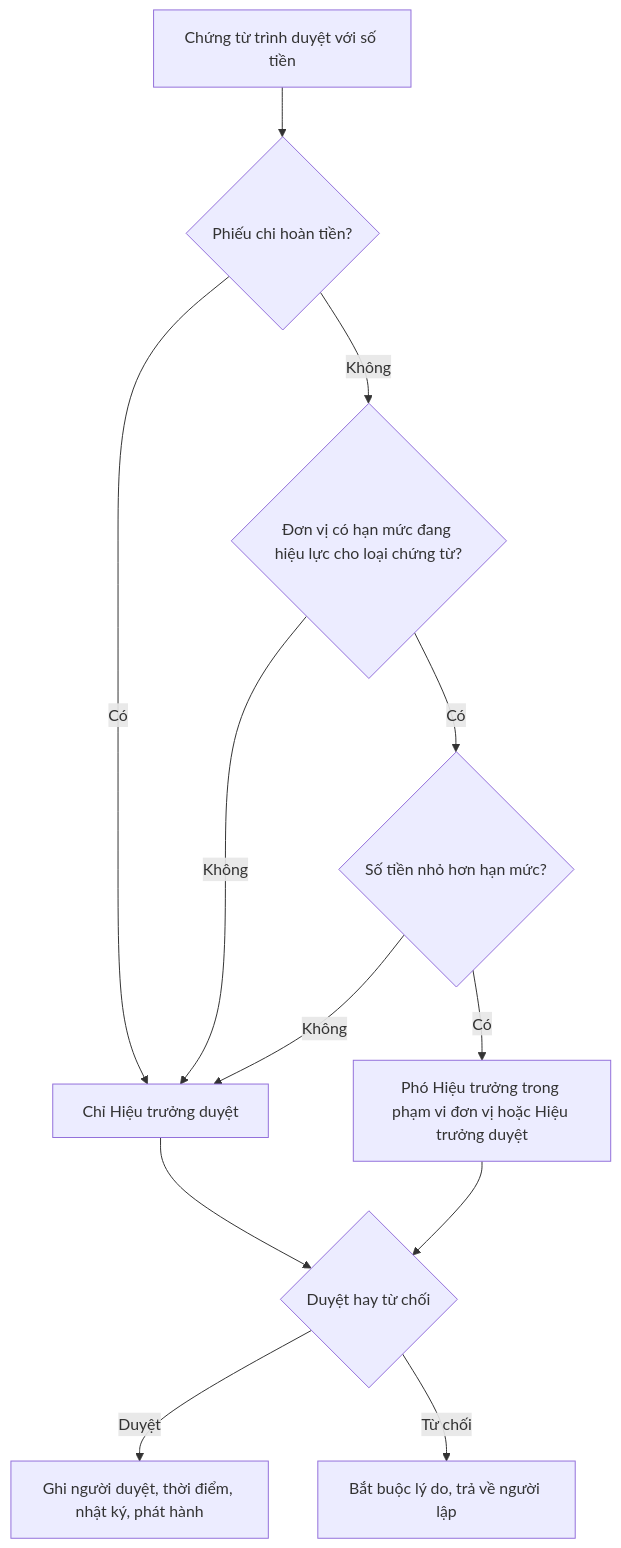
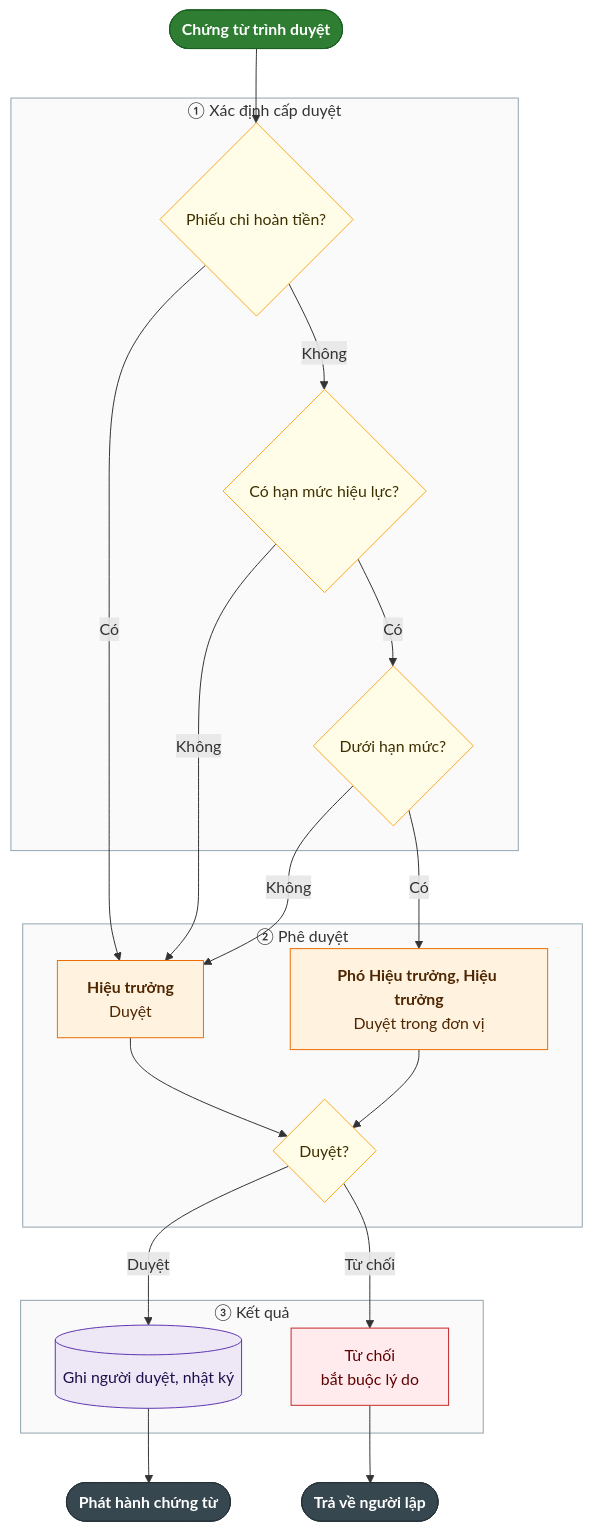
One commit to luckyshopvn/school_management changed the fifth of 12 diagrams in tai_lieu/34_TONG_HOP_CHUC_NANG_HE_THONG/05_TAI_CHINH_NHAN_SU_HAU_CAN.md. Above: the diagram before and after it, drawn with Mermaid. The commit also changed other lines of this file and 8 other files, not shown here.

````diff
--- a/tai_lieu/34_TONG_HOP_CHUC_NANG_HE_THONG/05_TAI_CHINH_NHAN_SU_HAU_CAN.md
+++ b/tai_lieu/34_TONG_HOP_CHUC_NANG_HE_THONG/05_TAI_CHINH_NHAN_SU_HAU_CAN.md
@@ -553,14 +637,50 @@
 ```mermaid
 flowchart TD
-  A["Chứng từ trình duyệt với số tiền"] --> B{"Phiếu chi hoàn tiền?"}
-  B -->|"Có"| H["Chỉ Hiệu trưởng duyệt"]
-  B -->|"Không"| C{"Đơn vị có hạn mức đang hiệu lực cho loại chứng từ?"}
+  classDef batdau fill:#2e7d32,stroke:#1b5e20,color:#ffffff,font-weight:bold
+  classDef ketthuc fill:#37474f,stroke:#263238,color:#ffffff,font-weight:bold
+  classDef nguoi fill:#e3f2fd,stroke:#1565c0,color:#0d2a4a
+  classDef heth fill:#eceff1,stroke:#546e7a,color:#263238
+  classDef duyet fill:#fff3e0,stroke:#ef6c00,color:#4e2600
+  classDef hoi fill:#fffde7,stroke:#f9a825,color:#3e2f00
+  classDef bao fill:#fce4ec,stroke:#ad1457,color:#4a0020
+  classDef chan fill:#ffebee,stroke:#c62828,color:#5f0000
+  classDef dulieu fill:#ede7f6,stroke:#5e35b1,color:#1f0f4d
+
+  S(["Chứng từ trình duyệt"]):::batdau
+
+  subgraph P1["① Xác định cấp duyệt"]
+    B{"Phiếu chi hoàn tiền?"}:::hoi
+    C{"Có hạn mức hiệu lực?"}:::hoi
+    D{"Dưới hạn mức?"}:::hoi
+    B -->|"Không"| C
+    C -->|"Có"| D
+  end
+
+  subgraph P2["② Phê duyệt"]
+    H["<b>Hiệu trưởng</b><br/>Duyệt"]:::duyet
+    E["<b>Phó Hiệu trưởng, Hiệu trưởng</b><br/>Duyệt trong đơn vị"]:::duyet
+    F{"Duyệt?"}:::hoi
+    H --> F
+    E --> F
+  end
+
+  subgraph P3["③ Kết quả"]
+    G[("Ghi người duyệt, nhật ký")]:::dulieu
+    I["Từ chối<br/>bắt buộc lý do"]:::chan
+  end
+
+  K1(["Phát hành chứng từ"]):::ketthuc
+  K2(["Trả về người lập"]):::ketthuc
+
+  S --> B
+  B -->|"Có"| H
   C -->|"Không"| H
-  C -->|"Có"| D{"Số tiền nhỏ hơn hạn mức?"}
   D -->|"Không"| H
-  D -->|"Có"| E["Phó Hiệu trưởng trong phạm vi đơn vị hoặc Hiệu trưởng duyệt"]
-  H --> F{"Duyệt hay từ chối"}
-  E --> F
-  F -->|"Duyệt"| G["Ghi người duyệt, thời điểm, nhật ký, phát hành"]
-  F -->|"Từ chối"| I["Bắt buộc lý do, trả về người lập"]
+  D -->|"Có"| E
+  F -->|"Duyệt"| G --> K1
+  F -->|"Từ chối"| I --> K2
+
+  style P1 fill:#fafafa,stroke:#90a4ae
+  style P2 fill:#fafafa,stroke:#90a4ae
+  style P3 fill:#fafafa,stroke:#90a4ae
 ```
````
